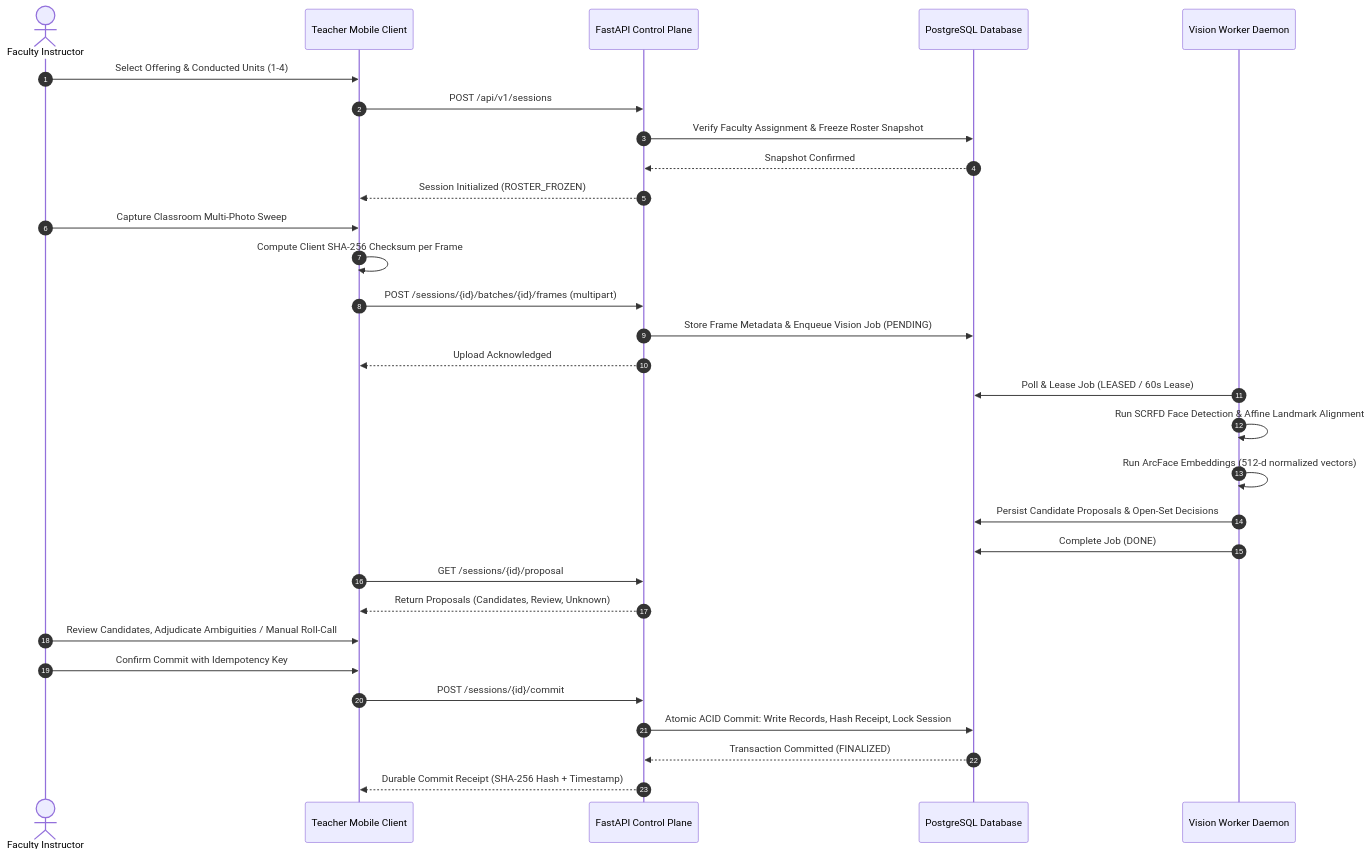
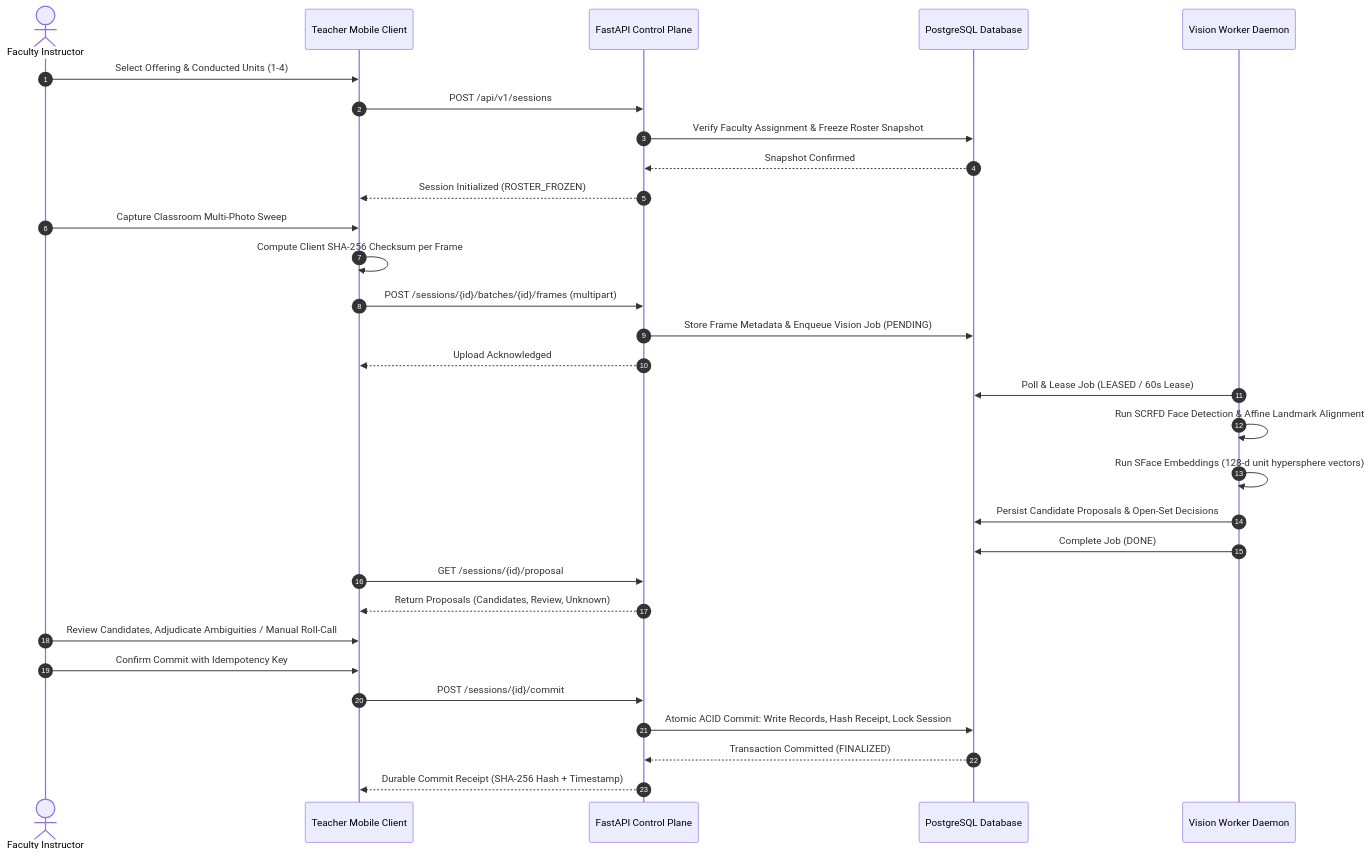
One commit to KatkamKoushik/K-Squared-Face-Recognition-Attendance-System changed the second of 2 diagrams in README.md. Above: the diagram before and after it, drawn with Mermaid. The commit also changed other lines of this file and 59 other files, not shown here.

````diff
--- a/README.md
+++ b/README.md
@@ -98,38 +98,38 @@
 ```mermaid
 sequenceDiagram
     autonumber
     actor Faculty as Faculty Instructor
     participant Mobile as Teacher Mobile Client
     participant API as FastAPI Control Plane
     participant DB as PostgreSQL Database
     participant Worker as Vision Worker Daemon
 
     Faculty->>Mobile: Select Offering & Conducted Units (1-4)
     Mobile->>API: POST /api/v1/sessions
     API->>DB: Verify Faculty Assignment & Freeze Roster Snapshot
     DB-->>API: Snapshot Confirmed
     API-->>Mobile: Session Initialized (ROSTER_FROZEN)
 
     Faculty->>Mobile: Capture Classroom Multi-Photo Sweep
     Mobile->>Mobile: Compute Client SHA-256 Checksum per Frame
     Mobile->>API: POST /sessions/{id}/batches/{id}/frames (multipart)
     API->>DB: Store Frame Metadata & Enqueue Vision Job (PENDING)
     API-->>Mobile: Upload Acknowledged
 
     Worker->>DB: Poll & Lease Job (LEASED / 60s Lease)
     Worker->>Worker: Run SCRFD Face Detection & Affine Landmark Alignment
-    Worker->>Worker: Run ArcFace Embeddings (512-d normalized vectors)
+    Worker->>Worker: Run SFace Embeddings (128-d unit hypersphere vectors)
     Worker->>DB: Persist Candidate Proposals & Open-Set Decisions
     Worker->>DB: Complete Job (DONE)
 
     Mobile->>API: GET /sessions/{id}/proposal
     API-->>Mobile: Return Proposals (Candidates, Review, Unknown)
 
     Faculty->>Mobile: Review Candidates, Adjudicate Ambiguities / Manual Roll-Call
     Faculty->>Mobile: Confirm Commit with Idempotency Key
     Mobile->>API: POST /sessions/{id}/commit
 
     API->>DB: Atomic ACID Commit: Write Records, Hash Receipt, Lock Session
     DB-->>API: Transaction Committed (FINALIZED)
     API-->>Mobile: Durable Commit Receipt (SHA-256 Hash + Timestamp)
 ```
````
